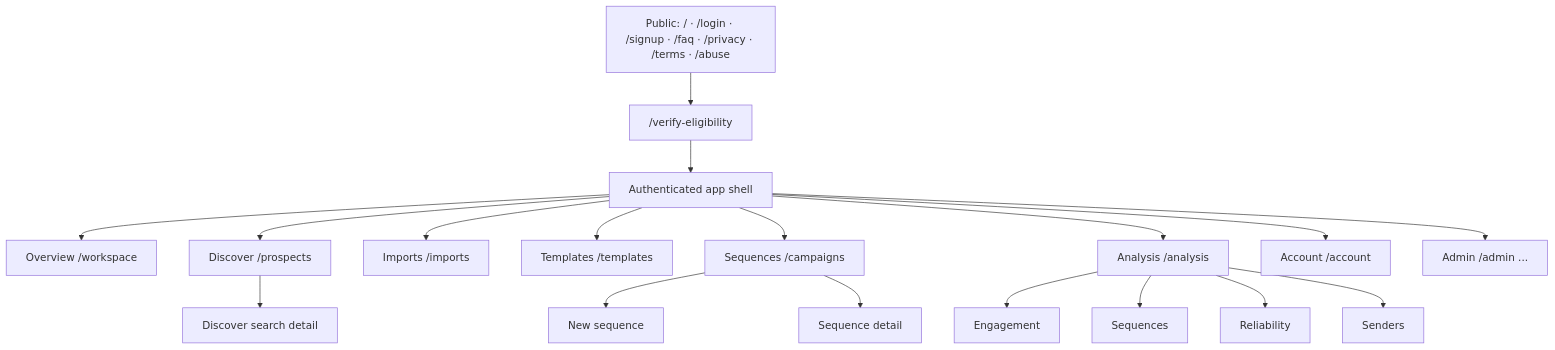
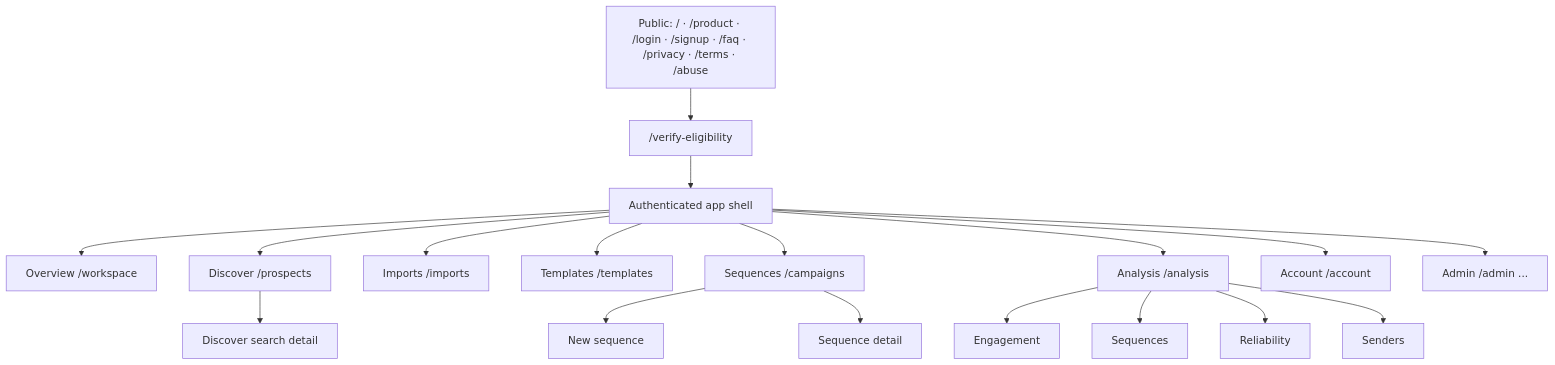
Before and after one commit to ka8540/Sendloom: the first of 13 diagrams in DOCUMENTATION.md, drawn with Mermaid. The commit also changed other lines of this file and 1 other file, not shown here.

Commit message:
Document public product tour and landing teaser

````diff
--- a/DOCUMENTATION.md
+++ b/DOCUMENTATION.md
@@ -177,20 +177,20 @@
 ```mermaid
 flowchart TD
-    Public["Public: / · /login · /signup · /faq · /privacy · /terms · /abuse"] --> Gate["/verify-eligibility"]
+    Public["Public: / · /product · /login · /signup · /faq · /privacy · /terms · /abuse"] --> Gate["/verify-eligibility"]
     Gate --> Shell["Authenticated app shell"]
     Shell --> OV["Overview /workspace"]
     Shell --> DI["Discover /prospects"]
     DI --> DID["Discover search detail"]
     Shell --> IM["Imports /imports"]
     Shell --> TE["Templates /templates"]
     Shell --> SE["Sequences /campaigns"]
     SE --> SEN["New sequence"]
     SE --> SED["Sequence detail"]
     Shell --> AN["Analysis /analysis"]
     AN --> AN1["Engagement"]
     AN --> AN2["Sequences"]
     AN --> AN3["Reliability"]
     AN --> AN4["Senders"]
     Shell --> AC["Account /account"]
     Shell --> AD["Admin /admin ..."]
 ```
````
